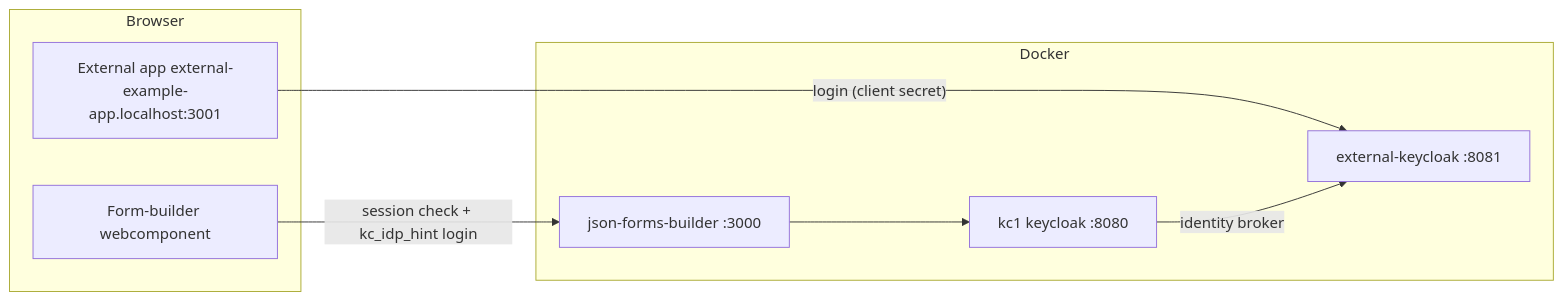
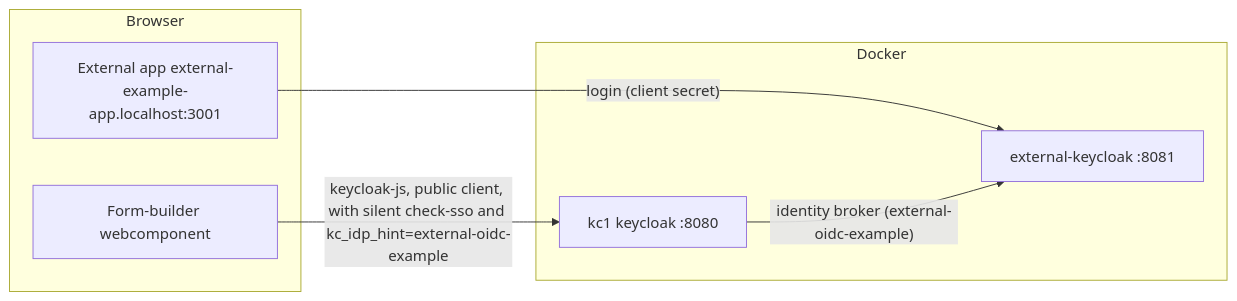
The diagram in apps/json-forms-webcomponent-example-external/README.md (educorvi/vue-json-form), drawn with Mermaid before and after one commit. The commit also changed other lines of this file and 101 other files, not shown here.

Commit message:
feat: add external authentication demo for webcomponent, add form version management in ui, add api key management in ui, adjust authentication for websocket so only users with correct access rights are able to edit forms.

````diff
--- a/apps/json-forms-webcomponent-example-external/README.md
+++ b/apps/json-forms-webcomponent-example-external/README.md
@@ -30,17 +12,15 @@
 ```mermaid
 flowchart LR
     subgraph Browser
         A[External app external-example-app.localhost:3001]
         B[Form-builder webcomponent]
     end
     subgraph Docker
         EXT[external-keycloak :8081]
         KC1[kc1 keycloak :8080]
-        MAIN[json-forms-builder :3000]
     end
 
     A -- "login (client secret)" --> EXT
-    B -- "session check + kc_idp_hint login" --> MAIN
-    MAIN --> KC1
-    KC1 -- "identity broker" --> EXT
+    B -- "keycloak-js, public client, with silent check-sso and kc_idp_hint=external-oidc-example" --> KC1
+    KC1 -- "identity broker (external-oidc-example)" --> EXT
 ```
````
